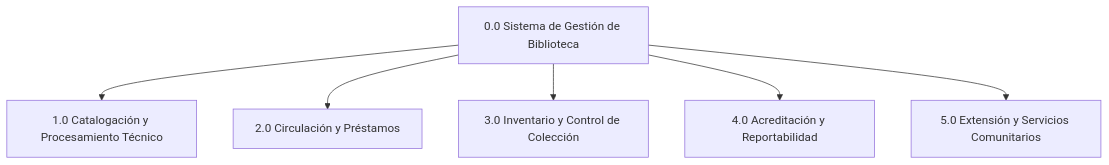
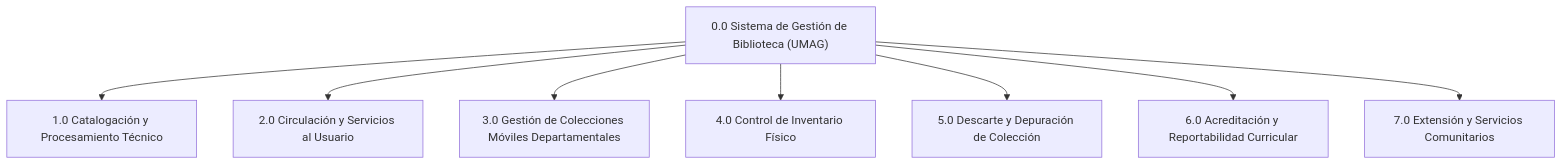
One commit to ivnmansi/DSIA-I changed the second of 2 diagrams in Procesos_Sistema_Bibliotecas_DSIA.md. Above: the diagram before and after it, drawn with Mermaid. The commit also changed other lines of this file and 1 other file, not shown here.

````diff
--- a/Procesos_Sistema_Bibliotecas_DSIA.md
+++ b/Procesos_Sistema_Bibliotecas_DSIA.md
@@ -81,16 +95,20 @@
 ```mermaid
 flowchart TD
-    SGB["0.0 Sistema de Gestión de Biblioteca"]
+    SGB["0.0 Sistema de Gestión de Biblioteca (UMAG)"]
     
     P1["1.0 Catalogación y Procesamiento Técnico"]
-    P2["2.0 Circulación y Préstamos"]
-    P3["3.0 Inventario y Control de Colección"]
-    P4["4.0 Acreditación y Reportabilidad"]
-    P5["5.0 Extensión y Servicios Comunitarios"]
+    P2["2.0 Circulación y Servicios al Usuario"]
+    P3["3.0 Gestión de Colecciones Móviles Departamentales"]
+    P4["4.0 Control de Inventario Físico"]
+    P5["5.0 Descarte y Depuración de Colección"]
+    P6["6.0 Acreditación y Reportabilidad Curricular"]
+    P7["7.0 Extensión y Servicios Comunitarios"]
 
     SGB --> P1
     SGB --> P2
     SGB --> P3
     SGB --> P4
     SGB --> P5
+    SGB --> P6
+    SGB --> P7
 ```
````
